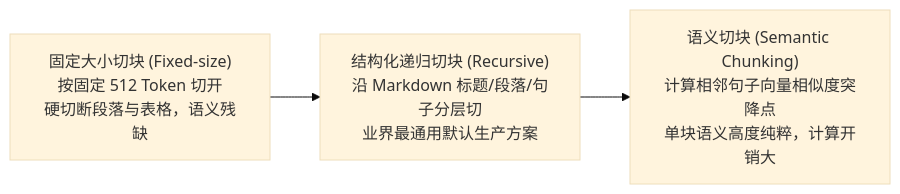
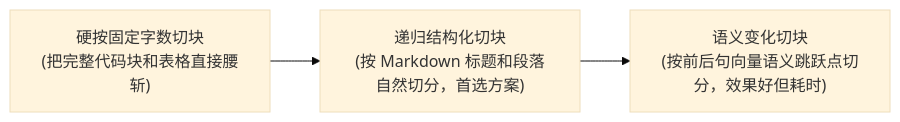
Before and after one commit to ljh12138164/ai-agent-study: the second of 3 diagrams in app/ch03-memory-rag/02-rag-pipeline-hybrid/page.mdx, drawn with Mermaid (base theme). The commit also changed other lines of this file and 43 other files, not shown here.

````diff
--- a/app/ch03-memory-rag/02-rag-pipeline-hybrid/page.mdx
+++ b/app/ch03-memory-rag/02-rag-pipeline-hybrid/page.mdx
@@ -29,5 +29,5 @@
 ```mermaid
-graph LR
-    A["固定大小切块 (Fixed-size)<br/>按固定 512 Token 切开<br/>硬切断段落与表格，语义残缺"] --> B["结构化递归切块 (Recursive)<br/>沿 Markdown 标题/段落/句子分层切<br/>业界最通用默认生产方案"]
-    B --> C["语义切块 (Semantic Chunking)<br/>计算相邻句子向量相似度突降点<br/>单块语义高度纯粹，计算开销大"]
+flowchart LR
+    A["硬按固定字数切块<br/>(把完整代码块和表格直接腰斩)"] --> B["递归结构化切块<br/>(按 Markdown 标题和段落自然切分，首选方案)"]
+    B --> C["语义变化切块<br/>(按前后句向量语义跳跃点切分，效果好但耗时)"]
 ```
````
